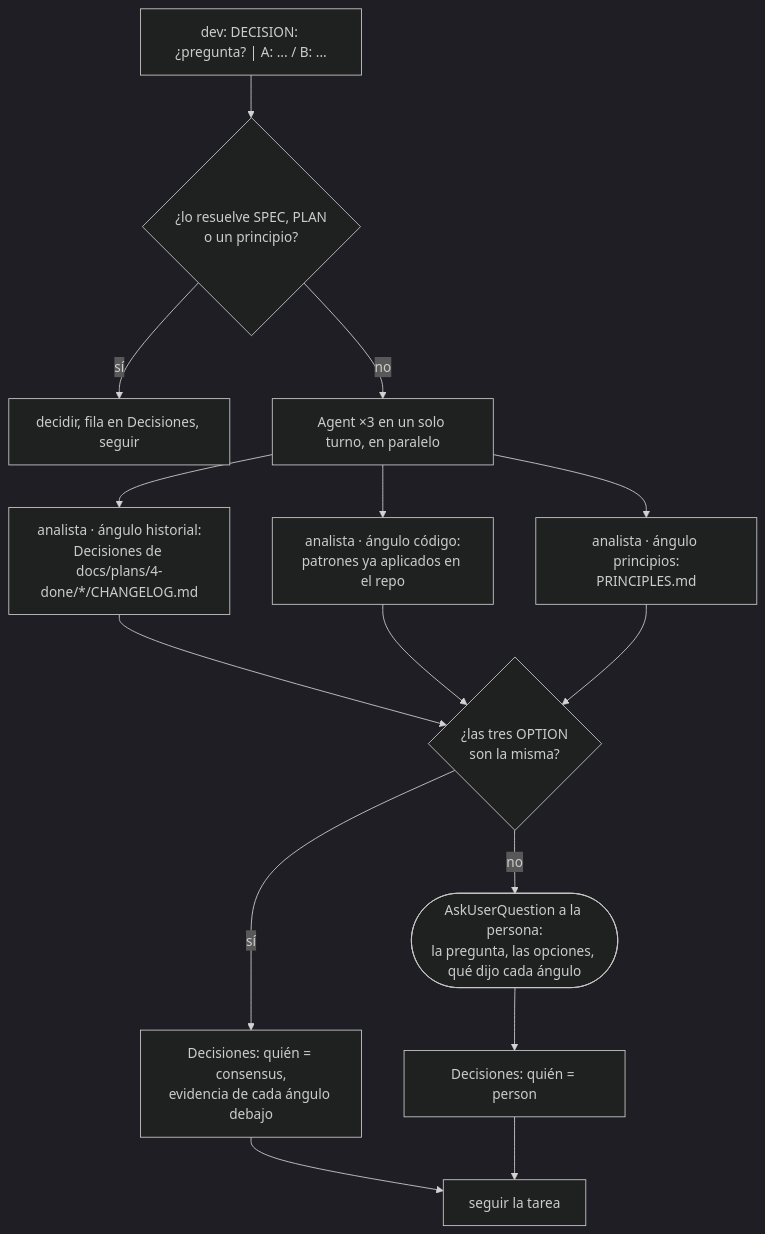
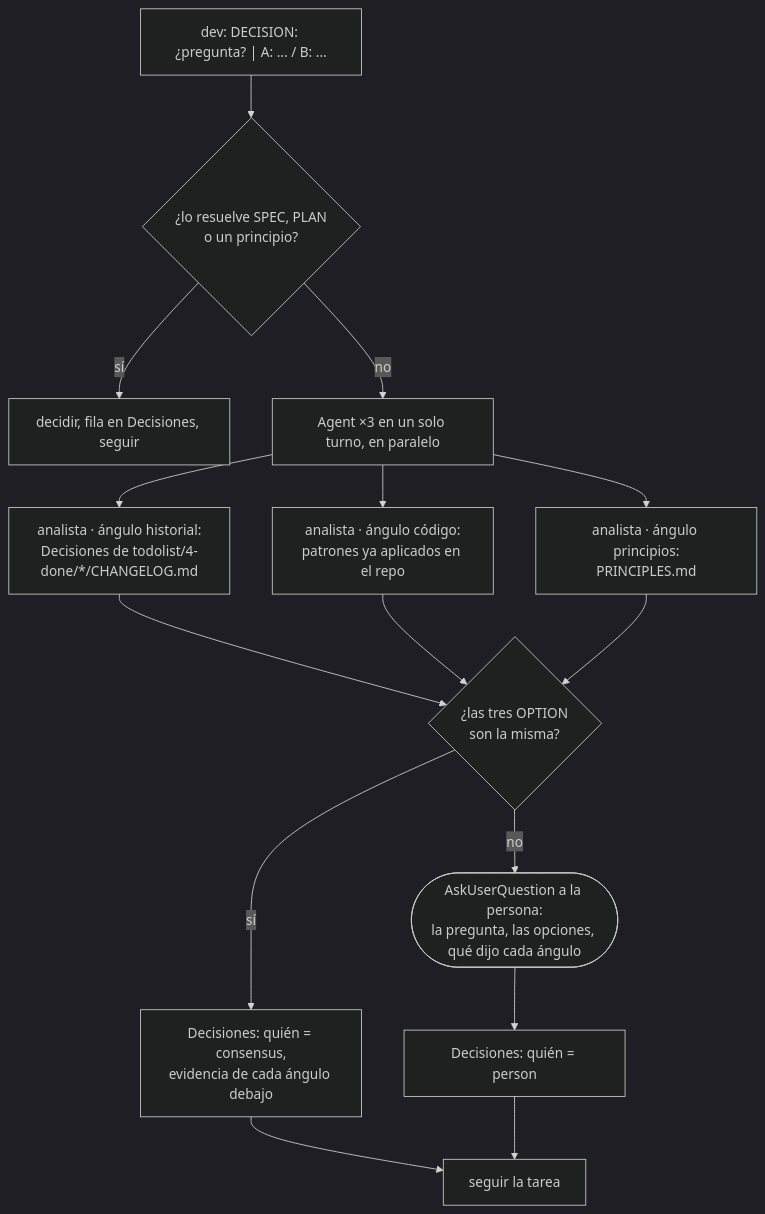
One commit to octavio-parozlabs/mindstack changed the diagram in skills/workflow/references/consensus.md. Above: the diagram before and after it, drawn with Mermaid (dark theme). The commit also changed other lines of this file and 39 other files, not shown here.

````diff
--- a/skills/workflow/references/consensus.md
+++ b/skills/workflow/references/consensus.md
@@ -5,13 +5,13 @@
 ```mermaid
 flowchart TD
     D["dev: DECISION: ¿pregunta? | A: ... / B: ..."] --> S{¿lo resuelve SPEC, PLAN\no un principio?}
     S -- sí --> R[decidir, fila en Decisiones, seguir]
     S -- no --> X[Agent ×3 en un solo turno, en paralelo]
-    X --> H[analista · ángulo historial:\nDecisiones de docs/plans/4-done/*/CHANGELOG.md]
+    X --> H[analista · ángulo historial:\nDecisiones de todolist/4-done/*/CHANGELOG.md]
     X --> C[analista · ángulo código:\npatrones ya aplicados en el repo]
     X --> P[analista · ángulo principios:\nPRINCIPLES.md]
     H & C & P --> V{¿las tres OPTION\nson la misma?}
     V -- sí --> OK[Decisiones: quién = consensus,\nevidencia de cada ángulo debajo] --> SIGUE[seguir la tarea]
     V -- no --> U([AskUserQuestion a la persona:\nla pregunta, las opciones, qué dijo cada ángulo])
     U --> OK2[Decisiones: quién = person] --> SIGUE
 ```
````
